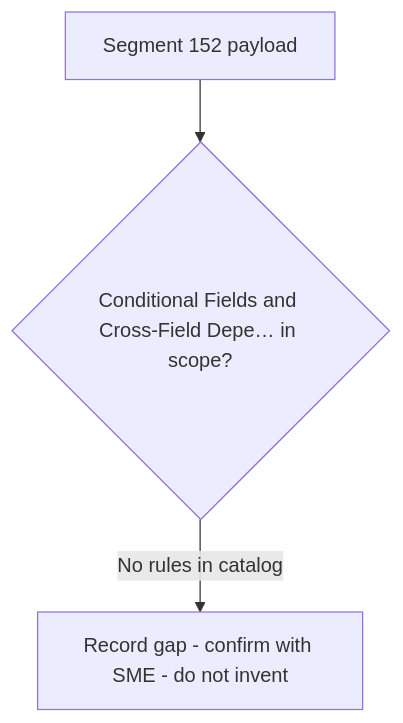
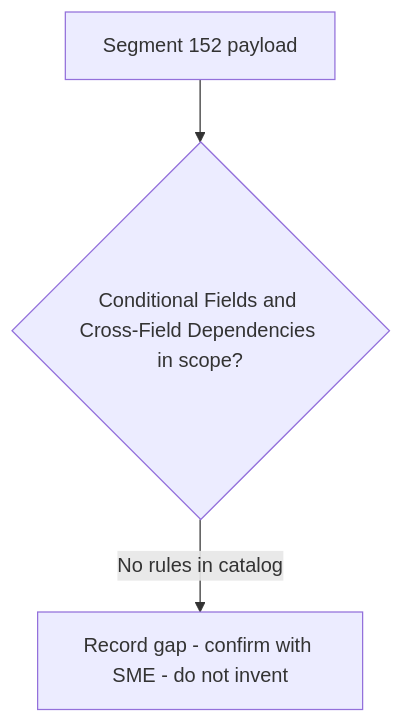
One commit to DhanSingh-hub/core-auth-ai-validation-framework changed the diagram in regression-artifact-validator/specifications/ATL105/docs/specs/kb/segment-152/conditional-dependency-rules-flow.md. Above: the diagram before and after it, drawn with Mermaid. The commit also changed 150 other files, not shown here.

````diff
--- a/regression-artifact-validator/specifications/ATL105/docs/specs/kb/segment-152/conditional-dependency-rules-flow.md
+++ b/regression-artifact-validator/specifications/ATL105/docs/specs/kb/segment-152/conditional-dependency-rules-flow.md
@@ -3,5 +3,5 @@
 ```mermaid
 flowchart TD
-    A[Segment 152 payload] --> B{Conditional Fields and Cross-Field Depe… in scope?}
+    A[Segment 152 payload] --> B{Conditional Fields and Cross-Field Dependencies in scope?}
     B -->|No rules in catalog| G[Record gap - confirm with SME - do not invent]
 ```
````
